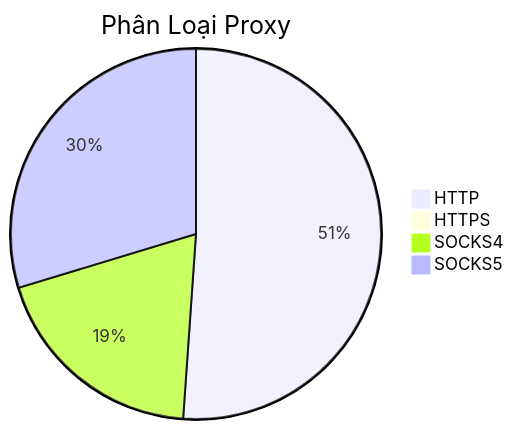
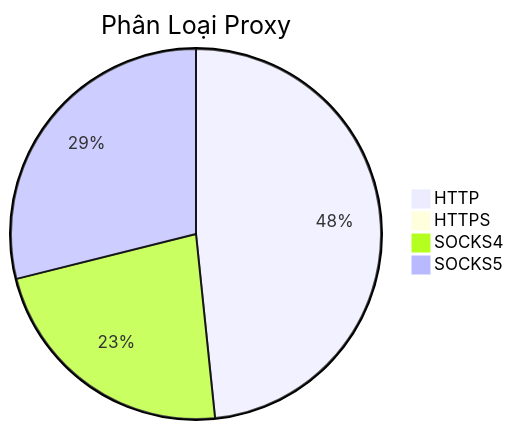
Before and after one commit to Ciara-12/PROXY-free: the diagram in README.md, drawn with Mermaid. The commit also changed other lines of this file and 4 other files, not shown here.

````diff
--- a/README.md
+++ b/README.md
@@ -26,7 +26,7 @@
 ```mermaid
 pie title Phân Loại Proxy
-    "HTTP" : 947
-    "HTTPS" : 1
-    "SOCKS4" : 356
-    "SOCKS5" : 550
+    "HTTP" : 691
+    "HTTPS" : 0
+    "SOCKS4" : 325
+    "SOCKS5" : 413
 ```
````
